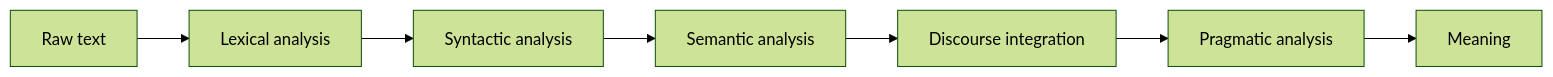
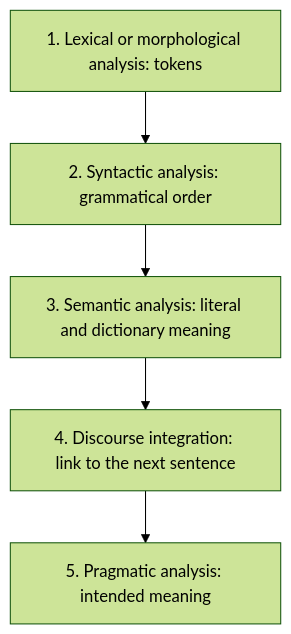
The diagram in content/natural-language-processing/pyq/2022-12-ce/q2b.mdx (TrendySloth1001/sem-seven-notes), drawn with Mermaid (forest theme) before and after one commit. The commit also changed other lines of this file and 406 other files, not shown here.

````diff
--- a/content/natural-language-processing/pyq/2022-12-ce/q2b.mdx
+++ b/content/natural-language-processing/pyq/2022-12-ce/q2b.mdx
@@ -15,5 +13,8 @@
 ```mermaid
-%% caption: Stages of NLP. Text passes through five levels; each adds more understanding.
-flowchart LR
-  T["Raw text"] --> L["Lexical analysis"] --> Sy["Syntactic analysis"] --> Se["Semantic analysis"] --> D["Discourse integration"] --> P["Pragmatic analysis"] --> M["Meaning"]
+%% caption: The five stages of NLP in order. Each stage checks one more thing about the sentence.
+flowchart TD
+  A["1. Lexical or morphological analysis: tokens"] --> B["2. Syntactic analysis: grammatical order"]
+  B --> C["3. Semantic analysis: literal and dictionary meaning"]
+  C --> D["4. Discourse integration: link to the next sentence"]
+  D --> E["5. Pragmatic analysis: intended meaning"]
 ```
````
